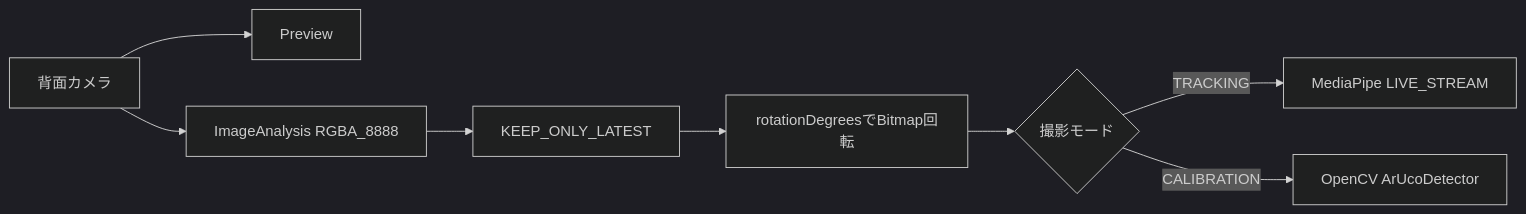
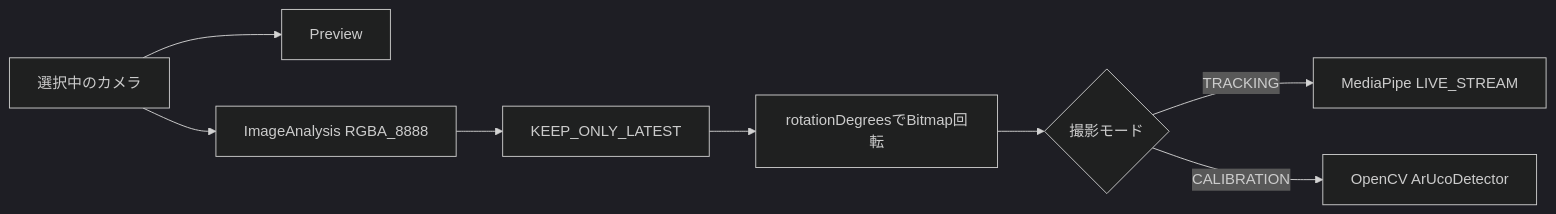
The sixth of 17 diagrams in docs/android/android-current-spec.md (KIT-DevelopersHub/screact), drawn with Mermaid (dark theme) before and after one commit. The commit also changed other lines of this file and 20 other files, not shown here.

````diff
--- a/docs/android/android-current-spec.md
+++ b/docs/android/android-current-spec.md
@@ -224,10 +224,10 @@
 ```mermaid
 flowchart LR
-    Camera[背面カメラ] --> Preview[Preview]
+    Camera[選択中のカメラ] --> Preview[Preview]
     Camera --> Analysis[ImageAnalysis RGBA_8888]
     Analysis --> Latest[KEEP_ONLY_LATEST]
     Latest --> Rotate[rotationDegreesでBitmap回転]
     Rotate --> Mode{撮影モード}
     Mode -->|TRACKING| MediaPipe[MediaPipe LIVE_STREAM]
     Mode -->|CALIBRATION| OpenCV[OpenCV ArUcoDetector]
 ```
````
